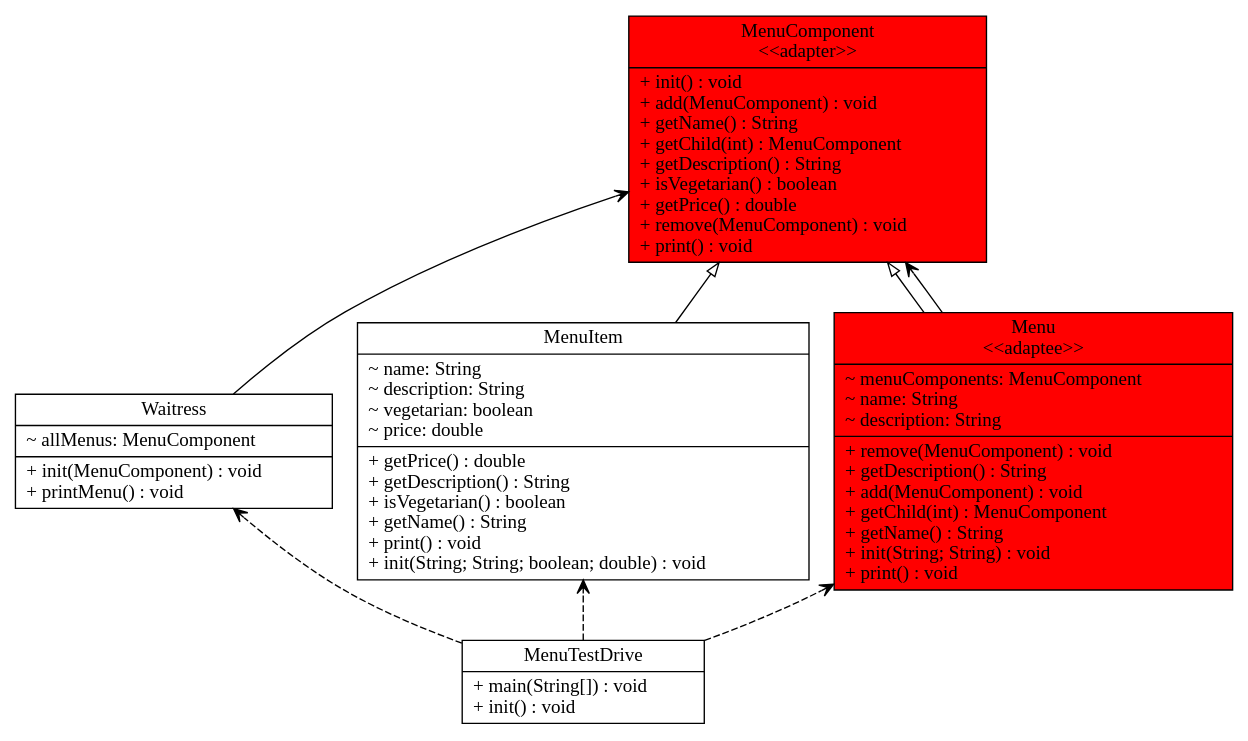
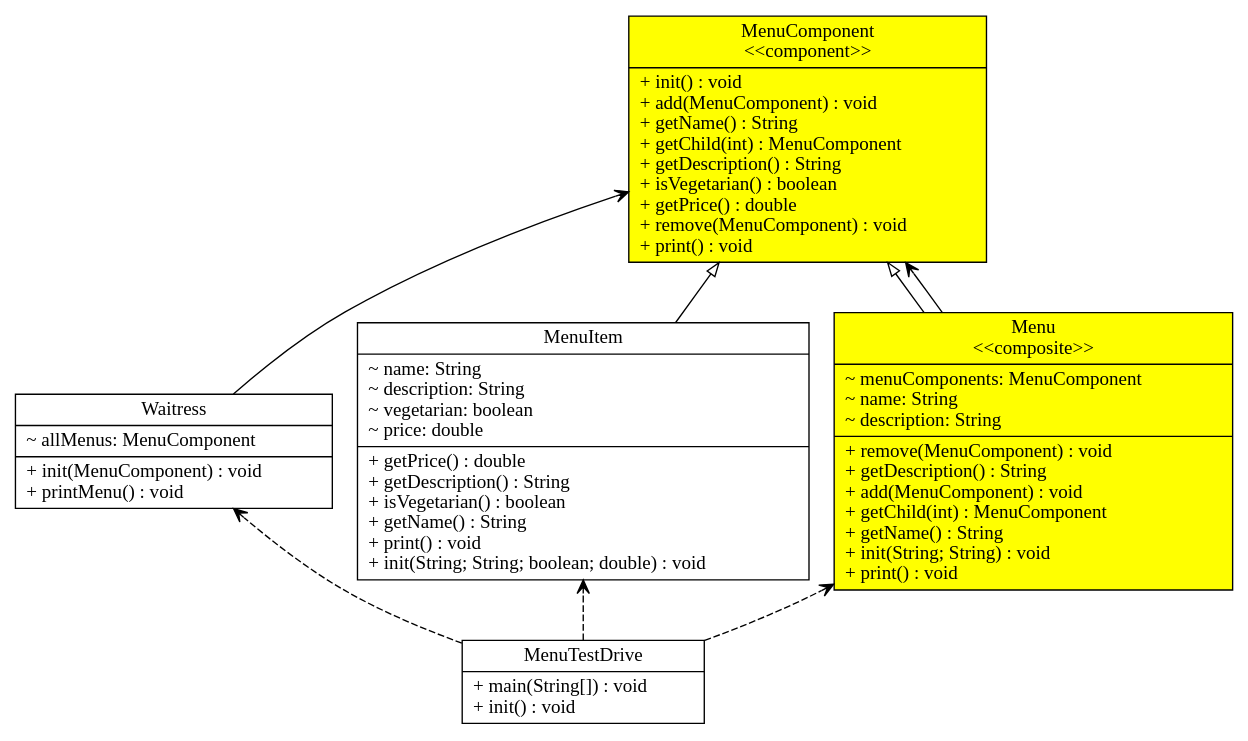
One commit to tpunt3/Csse374 changed the diagram in input_output/model.gv. Above: the diagram before and after it, drawn with Graphviz. The commit also changed 5 other files, not shown here.

```diff
--- a/input_output/model.gv
+++ b/input_output/model.gv
@@ -1,36 +1,36 @@
 digraph model{
 rankdir = BT;
 Waitress [
 shape="record",
 label = "{Waitress| ~ allMenus: MenuComponent\l|+ init(MenuComponent) : void\l+ printMenu() : void\l}"
 ];
 
 MenuComponent [
-shape="record",style = filled,fillcolor=red
-label = "{MenuComponent\n\<\<adapter\>\>|+ init() : void\l+ add(MenuComponent) : void\l+ getName() : String\l+ getChild(int) : MenuComponent\l+ getDescription() : String\l+ isVegetarian() : boolean\l+ getPrice() : double\l+ remove(MenuComponent) : void\l+ print() : void\l}"
+shape="record",style = filled,fillcolor=yellow
+label = "{MenuComponent\n\<\<component\>\>|+ init() : void\l+ add(MenuComponent) : void\l+ getName() : String\l+ getChild(int) : MenuComponent\l+ getDescription() : String\l+ isVegetarian() : boolean\l+ getPrice() : double\l+ remove(MenuComponent) : void\l+ print() : void\l}"
 ];
 
 MenuItem [
 shape="record",
 label = "{MenuItem| ~ name: String\l~ description: String\l~ vegetarian: boolean\l~ price: double\l|+ getPrice() : double\l+ getDescription() : String\l+ isVegetarian() : boolean\l+ getName() : String\l+ print() : void\l+ init(String; String; boolean; double) : void\l}"
 ];
 
 MenuTestDrive [
 shape="record",
 label = "{MenuTestDrive| + main(String[]) : void\l+ init() : void\l}"
 ];
 
 Menu [
-shape="record",style = filled,fillcolor=red
-label = "{Menu\n\<\<adaptee\>\>|~ menuComponents: MenuComponent\l~ name: String\l~ description: String\l|+ remove(MenuComponent) : void\l+ getDescription() : String\l+ add(MenuComponent) : void\l+ getChild(int) : MenuComponent\l+ getName() : String\l+ init(String; String) : void\l+ print() : void\l}"
+shape="record",style = filled,fillcolor=yellow
+label = "{Menu\n\<\<composite\>\>|~ menuComponents: MenuComponent\l~ name: String\l~ description: String\l|+ remove(MenuComponent) : void\l+ getDescription() : String\l+ add(MenuComponent) : void\l+ getChild(int) : MenuComponent\l+ getName() : String\l+ init(String; String) : void\l+ print() : void\l}"
 ];
 
 //writing relations between classes now
 Menu -> MenuComponent [arrowhead = "empty"];
 Menu -> MenuComponent [arrowhead = "vee"];
 MenuItem -> MenuComponent [arrowhead = "empty"];
 MenuTestDrive -> Menu [arrowhead = "vee", style = "dashed"];
 MenuTestDrive -> MenuItem [arrowhead = "vee", style = "dashed"];
 MenuTestDrive -> Waitress [arrowhead = "vee", style = "dashed"];
 Waitress -> MenuComponent [arrowhead = "vee"];
 }
```
